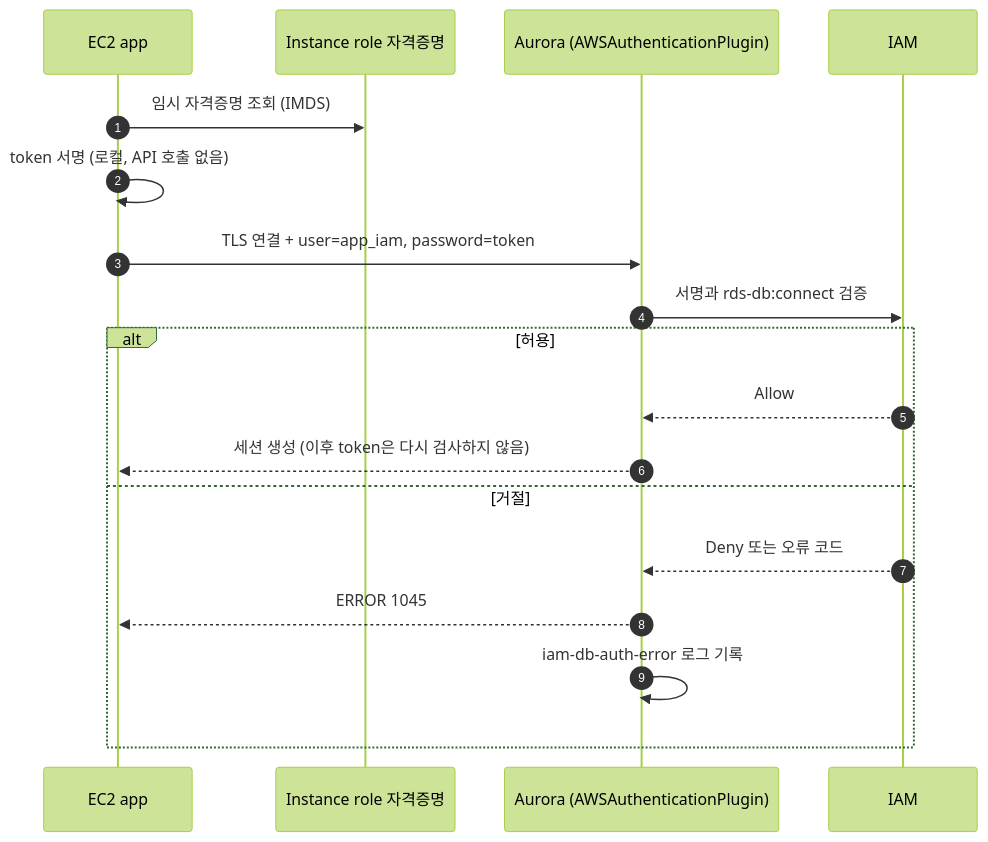
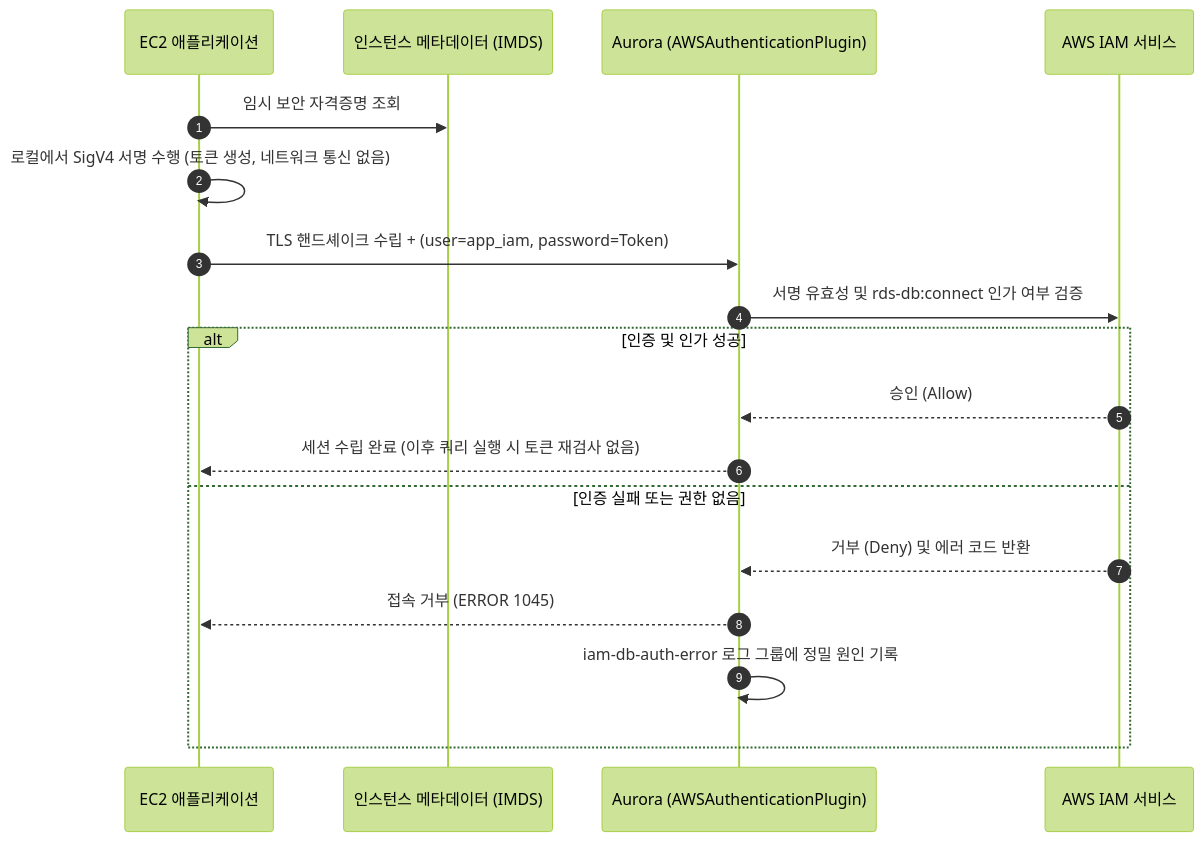
One commit to choisungwook/portfolio changed the diagram in aws/rds/aurora-iam-auth/docs/2-iam-db-auth.md. Above: the diagram before and after it, drawn with Mermaid (forest theme). The commit also changed other lines of this file and 8 other files, not shown here.

First line of the commit message:
docs(rds): Aurora MySQL IAM DB 인증 핸즈온 문서 가독성 및 퀵스타트 구조 개편 (#1373)

````diff
--- a/aws/rds/aurora-iam-auth/docs/2-iam-db-auth.md
+++ b/aws/rds/aurora-iam-auth/docs/2-iam-db-auth.md
@@ -71,21 +75,21 @@
 ```mermaid
 sequenceDiagram
   autonumber
-  participant App as EC2 app
-  participant Cred as Instance role 자격증명
+  participant App as EC2 애플리케이션
+  participant Cred as 인스턴스 메타데이터 (IMDS)
   participant DB as Aurora (AWSAuthenticationPlugin)
-  participant IAM as IAM
+  participant IAM as AWS IAM 서비스
 
-  App->>Cred: 임시 자격증명 조회 (IMDS)
-  App->>App: token 서명 (로컬, API 호출 없음)
-  App->>DB: TLS 연결 + user=app_iam, password=token
-  DB->>IAM: 서명과 rds-db:connect 검증
-  alt 허용
-    IAM-->>DB: Allow
-    DB-->>App: 세션 생성 (이후 token은 다시 검사하지 않음)
-  else 거절
-    IAM-->>DB: Deny 또는 오류 코드
-    DB-->>App: ERROR 1045
-    DB->>DB: iam-db-auth-error 로그 기록
+  App->>Cred: 임시 보안 자격증명 조회
+  App->>App: 로컬에서 SigV4 서명 수행 (토큰 생성, 네트워크 통신 없음)
+  App->>DB: TLS 핸드셰이크 수립 + (user=app_iam, password=Token)
+  DB->>IAM: 서명 유효성 및 rds-db:connect 인가 여부 검증
+  alt 인증 및 인가 성공
+    IAM-->>DB: 승인 (Allow)
+    DB-->>App: 세션 수립 완료 (이후 쿼리 실행 시 토큰 재검사 없음)
+  else 인증 실패 또는 권한 없음
+    IAM-->>DB: 거부 (Deny) 및 에러 코드 반환
+    DB-->>App: 접속 거부 (ERROR 1045)
+    DB->>DB: iam-db-auth-error 로그 그룹에 정밀 원인 기록
   end
 ```
````
